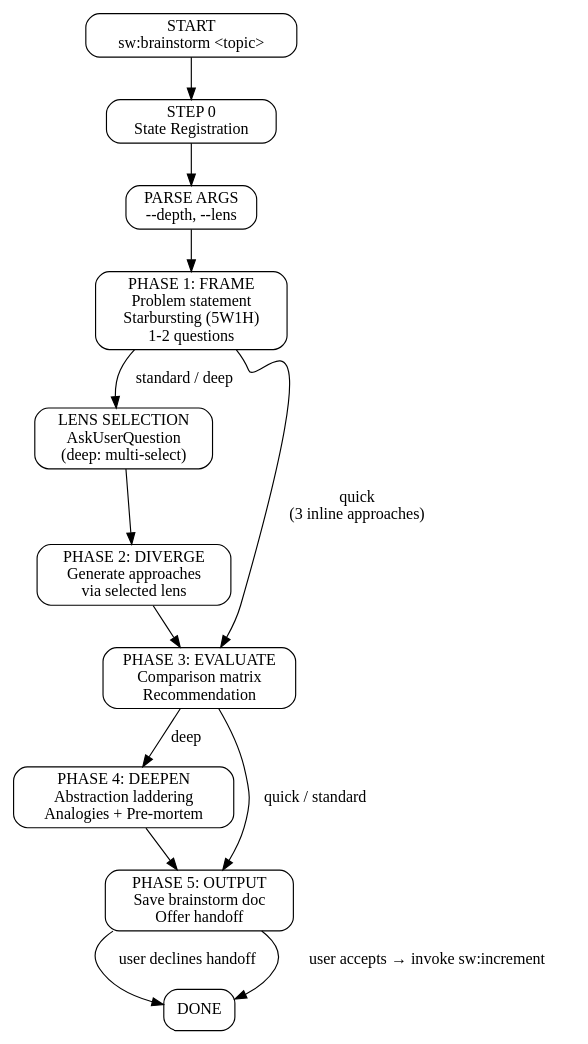
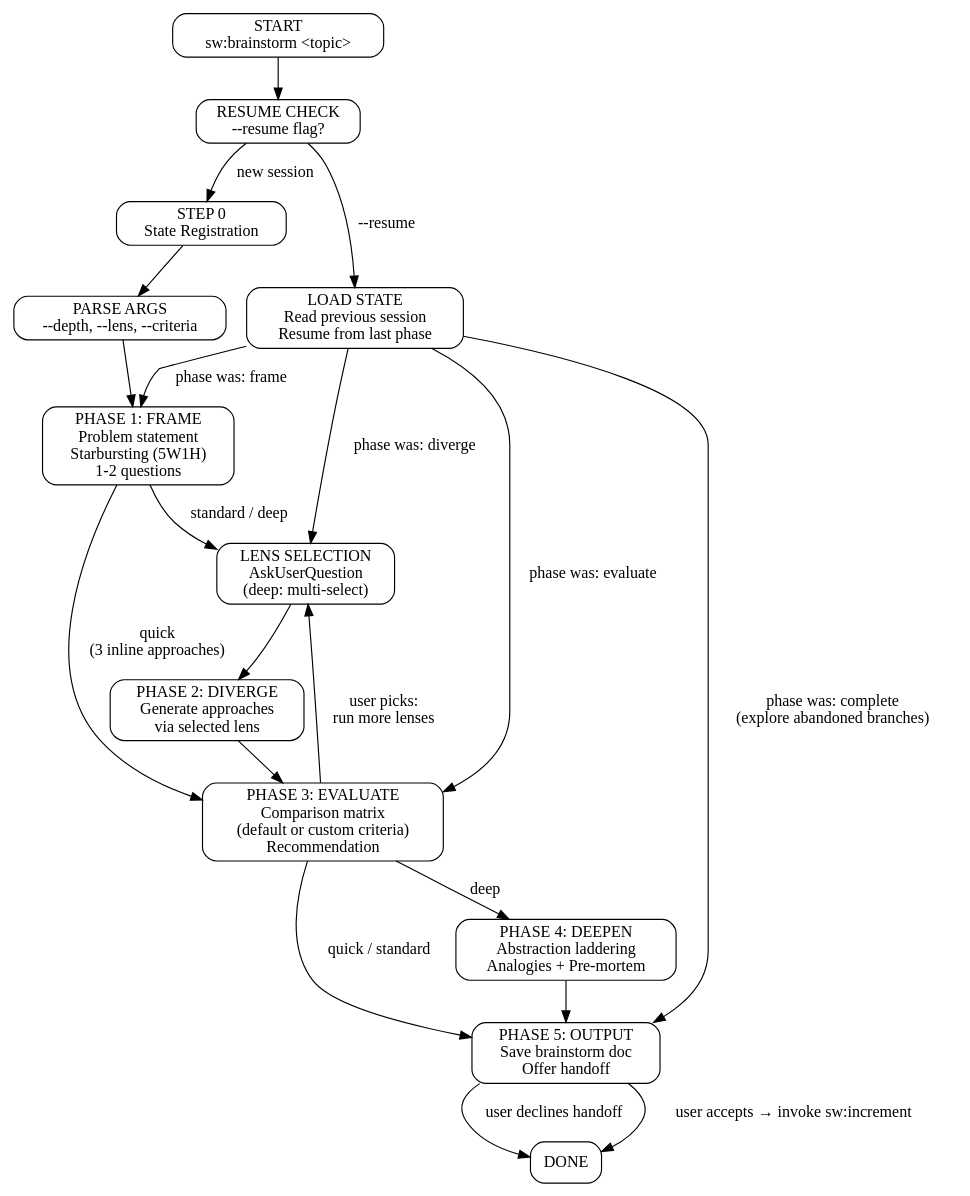
Before and after one commit to anton-abyzov/specweave: the diagram in plugins/specweave/skills/brainstorm/SKILL.md, drawn with Graphviz. The commit also changed other lines of this file and 4 other files, not shown here.

````diff
--- a/plugins/specweave/skills/brainstorm/SKILL.md
+++ b/plugins/specweave/skills/brainstorm/SKILL.md
@@ -59,41 +59,50 @@
 ```dot
 digraph brainstorm {
   rankdir=TB;
   node [shape=box, style="rounded"];
 
   start [label="START\nsw:brainstorm <topic>"];
+  resume_check [label="RESUME CHECK\n--resume flag?"];
   step0 [label="STEP 0\nState Registration"];
-  parse [label="PARSE ARGS\n--depth, --lens"];
+  parse [label="PARSE ARGS\n--depth, --lens, --criteria"];
+  resume_load [label="LOAD STATE\nRead previous session\nResume from last phase"];
 
   frame [label="PHASE 1: FRAME\nProblem statement\nStarbursting (5W1H)\n1-2 questions"];
 
   lens_select [label="LENS SELECTION\nAskUserQuestion\n(deep: multi-select)"];
   diverge [label="PHASE 2: DIVERGE\nGenerate approaches\nvia selected lens"];
 
-  evaluate [label="PHASE 3: EVALUATE\nComparison matrix\nRecommendation"];
+  evaluate [label="PHASE 3: EVALUATE\nComparison matrix\n(default or custom criteria)\nRecommendation"];
 
   deepen [label="PHASE 4: DEEPEN\nAbstraction laddering\nAnalogies + Pre-mortem"];
 
   output [label="PHASE 5: OUTPUT\nSave brainstorm doc\nOffer handoff"];
 
   done [label="DONE"];
 
-  start -> step0;
+  start -> resume_check;
+  resume_check -> step0 [label="new session"];
+  resume_check -> resume_load [label="--resume"];
+  resume_load -> frame [label="phase was: frame"];
+  resume_load -> lens_select [label="phase was: diverge"];
+  resume_load -> evaluate [label="phase was: evaluate"];
+  resume_load -> output [label="phase was: complete\n(explore abandoned branches)"];
   step0 -> parse;
   parse -> frame;
 
   frame -> evaluate [label="quick\n(3 inline approaches)"];
   frame -> lens_select [label="standard / deep"];
 
   lens_select -> diverge;
   diverge -> evaluate;
 
   evaluate -> output [label="quick / standard"];
   evaluate -> deepen [label="deep"];
+  evaluate -> lens_select [label="user picks:\nrun more lenses"];
 
   deepen -> output;
 
   output -> done [label="user declines handoff"];
   output -> done [label="user accepts → invoke sw:increment"];
 }
 ```
````
